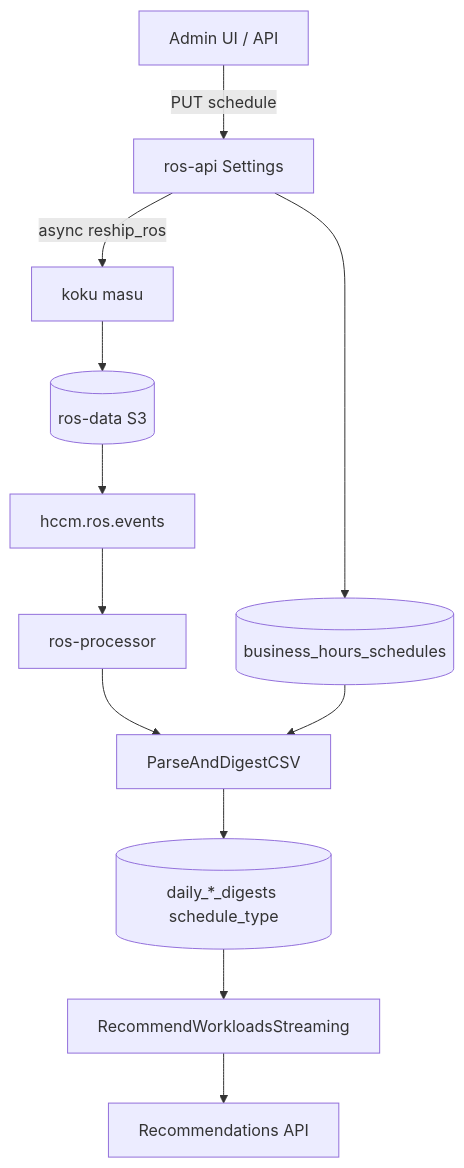
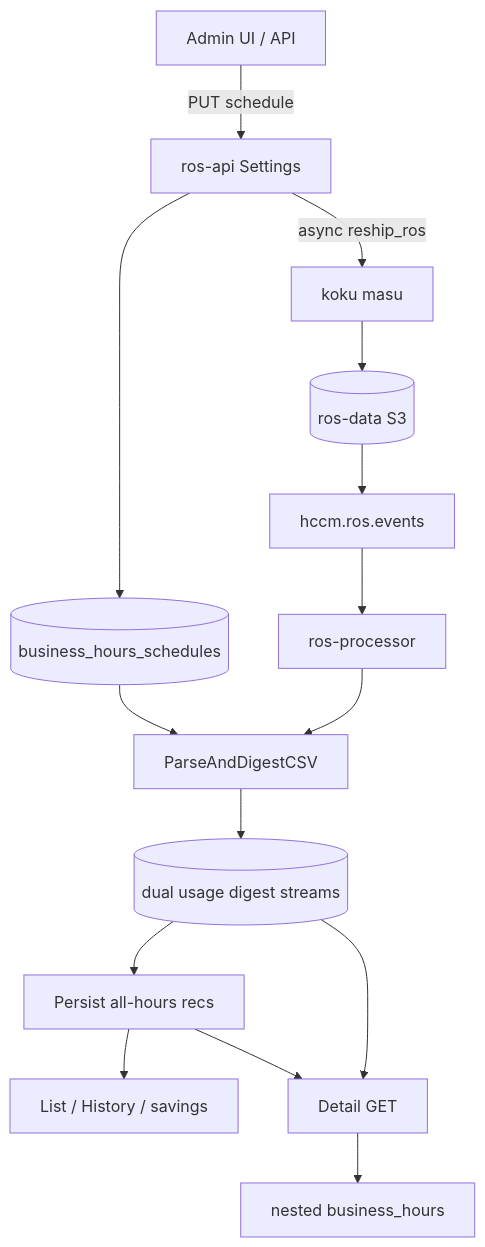
Before and after one commit to pgarciaq/ros-ocp-backend: the diagram in docs-site/features/business-hours.md, drawn with Mermaid. The commit also changed other lines of this file and 9 other files, not shown here.

First line of the commit message:
Document BH persist, history, and read-time contract (#527)

````diff
--- a/docs-site/features/business-hours.md
+++ b/docs-site/features/business-hours.md
@@ -42,14 +44,17 @@
 ```mermaid
 flowchart TD
   Admin[Admin UI / API] -->|PUT schedule| ROSAPI[ros-api Settings]
   ROSAPI --> Sched[(business_hours_schedules)]
   ROSAPI -->|async reship_ros| Masu[koku masu]
   Masu --> S3[(ros-data S3)]
   S3 --> Kafka[hccm.ros.events]
   Kafka --> Processor[ros-processor]
   Processor --> Ingest[ParseAndDigestCSV]
   Sched --> Ingest
-  Ingest --> Digests[(daily_*_digests schedule_type)]
-  Digests --> Engine[RecommendWorkloadsStreaming]
-  Engine --> RecAPI[Recommendations API]
+  Ingest --> Digests[(dual usage digest streams)]
+  Digests --> Engine[Persist all-hours recs]
+  Engine --> RecAPI[List / History / savings]
+  Digests --> DetailGET[Detail GET]
+  Engine --> DetailGET
+  DetailGET --> Nest[nested business_hours]
 ```
````
